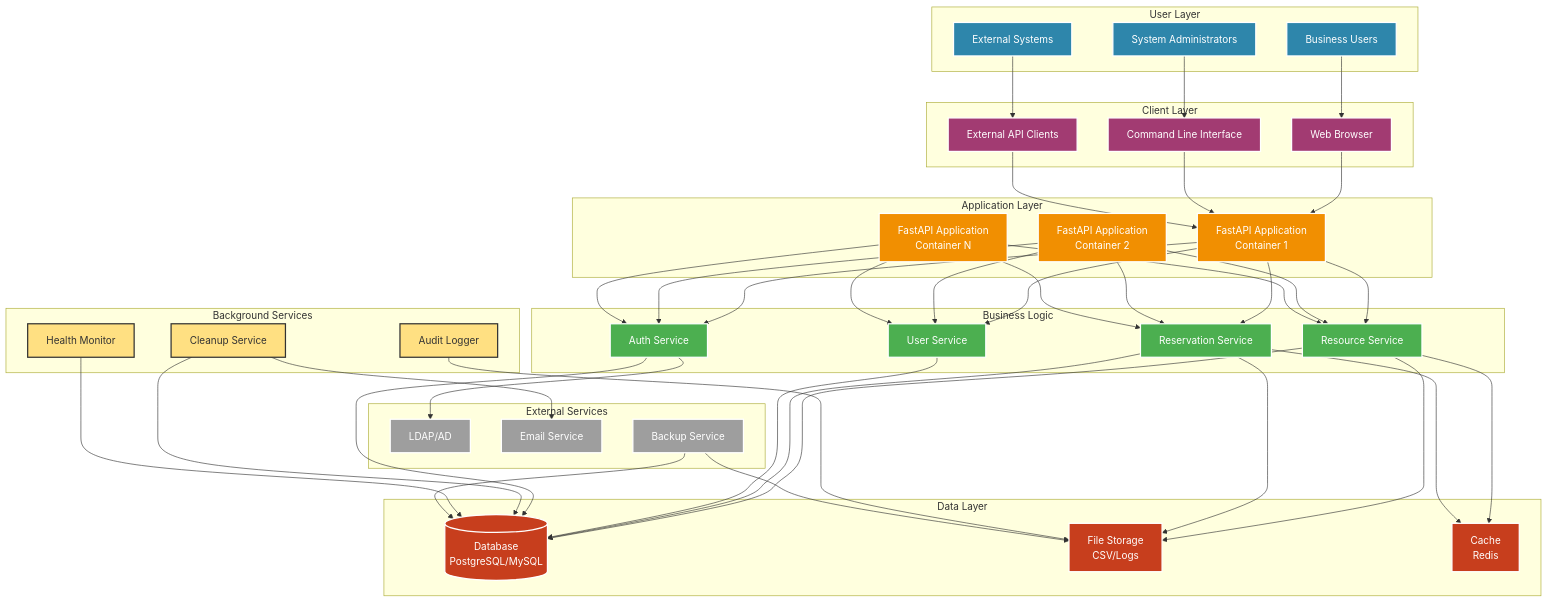
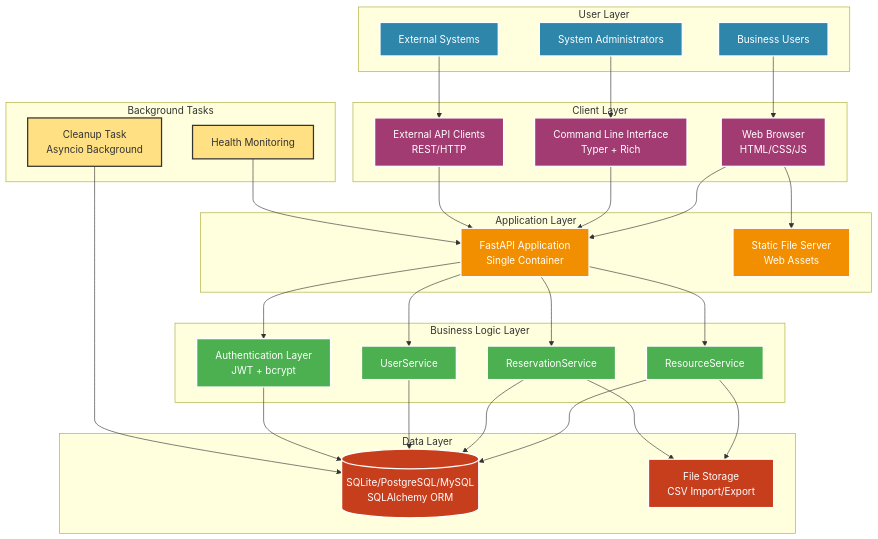
One commit to sylvester-francis/Resource-Reserver changed the first of 4 diagrams in architecture.md. Above: the diagram before and after it, drawn with Mermaid. The commit also changed other lines of this file and 1 other file, not shown here.

````diff
--- a/architecture.md
+++ b/architecture.md
@@ -11,41 +11,31 @@
     end
     
     subgraph "Client Layer"
-        WEB[Web Browser]
-        CLI[Command Line Interface]
-        API[External API Clients]
+        WEB[Web Browser<br/>HTML/CSS/JS]
+        CLI[Command Line Interface<br/>Typer + Rich]
+        API[External API Clients<br/>REST/HTTP]
     end
     
-    
     subgraph "Application Layer"
-        APP1[FastAPI Application<br/>Container 1]
-        APP2[FastAPI Application<br/>Container 2]
-        APP3[FastAPI Application<br/>Container N]
+        FASTAPI[FastAPI Application<br/>Single Container]
+        STATIC[Static File Server<br/>Web Assets]
     end
     
-    subgraph "Business Logic"
-        RS[Resource Service]
-        ReS[Reservation Service]
-        US[User Service]
-        AS[Auth Service]
+    subgraph "Business Logic Layer"
+        RS[ResourceService]
+        ReS[ReservationService]  
+        US[UserService]
+        AUTH[Authentication Layer<br/>JWT + bcrypt]
     end
     
     subgraph "Data Layer"
-        DB[(Database<br/>PostgreSQL/MySQL)]
-        FS[File Storage<br/>CSV/Logs]
-        CACHE[Cache<br/>Redis]
+        DB[(SQLite/PostgreSQL/MySQL<br/>SQLAlchemy ORM)]
+        FS[File Storage<br/>CSV Import/Export]
     end
     
-    subgraph "Background Services"
-        CLEANUP[Cleanup Service]
-        MONITOR[Health Monitor]
-        AUDIT[Audit Logger]
-    end
-    
-    subgraph "External Services"
-        LDAP[LDAP/AD]
-        SMTP[Email Service]
-        BACKUP[Backup Service]
+    subgraph "Background Tasks"
+        CLEANUP[Cleanup Task<br/>Asyncio Background]
+        HEALTH[Health Monitoring]
     end
     
     %% User connections
@@ -53,49 +43,30 @@
     U2 --> CLI
     U3 --> API
     
-    %% Client to applications
-    WEB --> APP1
-    CLI --> APP1
-    API --> APP1
+    %% Client to application
+    WEB --> FASTAPI
+    WEB --> STATIC
+    CLI --> FASTAPI
+    API --> FASTAPI
     
-    %% Applications to services
-    APP1 --> RS
-    APP1 --> ReS
-    APP1 --> US
-    APP1 --> AS
-    
-    APP2 --> RS
-    APP2 --> ReS
-    APP2 --> US
-    APP2 --> AS
-    
-    APP3 --> RS
-    APP3 --> ReS
-    APP3 --> US
-    APP3 --> AS
+    %% Application to services
+    FASTAPI --> RS
+    FASTAPI --> ReS
+    FASTAPI --> US
+    FASTAPI --> AUTH
     
     %% Services to data
     RS --> DB
     ReS --> DB
     US --> DB
-    AS --> DB
+    AUTH --> DB
     
     RS --> FS
     ReS --> FS
     
-    RS --> CACHE
-    ReS --> CACHE
-    
-    %% Background services
+    %% Background tasks
     CLEANUP --> DB
-    MONITOR --> DB
-    AUDIT --> FS
-    
-    %% External integrations
-    AS --> LDAP
-    CLEANUP --> SMTP
-    BACKUP --> DB
-    BACKUP --> FS
+    HEALTH --> FASTAPI
     
     %% Styling
     classDef userClass fill:#2E86AB,stroke:#fff,stroke-width:2px,color:#fff
@@ -104,14 +75,11 @@
     classDef serviceClass fill:#4CAF50,stroke:#fff,stroke-width:2px,color:#fff
     classDef dataClass fill:#C73E1D,stroke:#fff,stroke-width:2px,color:#fff
     classDef bgClass fill:#FFE082,stroke:#333,stroke-width:2px
-    classDef extClass fill:#9E9E9E,stroke:#fff,stroke-width:2px,color:#fff
     
     class U1,U2,U3 userClass
     class WEB,CLI,API clientClass
-    class LB appClass
-    class APP1,APP2,APP3 appClass
-    class RS,ReS,US,AS serviceClass
-    class DB,FS,CACHE dataClass
-    class CLEANUP,MONITOR,AUDIT bgClass
-    class LDAP,SMTP,BACKUP extClass
+    class FASTAPI,STATIC appClass
+    class RS,ReS,US,AUTH serviceClass
+    class DB,FS dataClass
+    class CLEANUP,HEALTH bgClass
 ```
````
